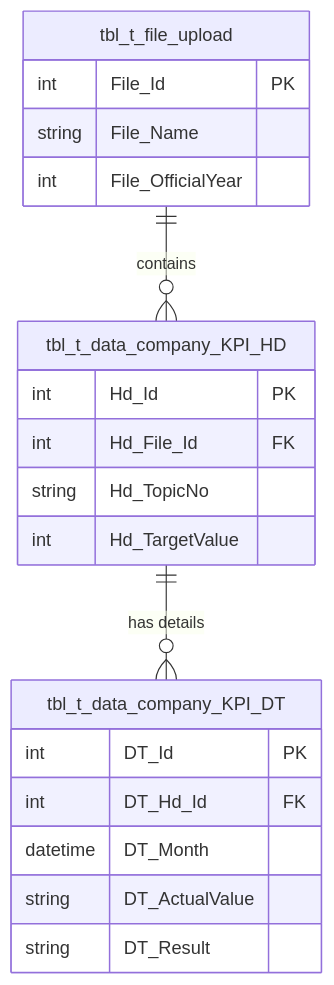
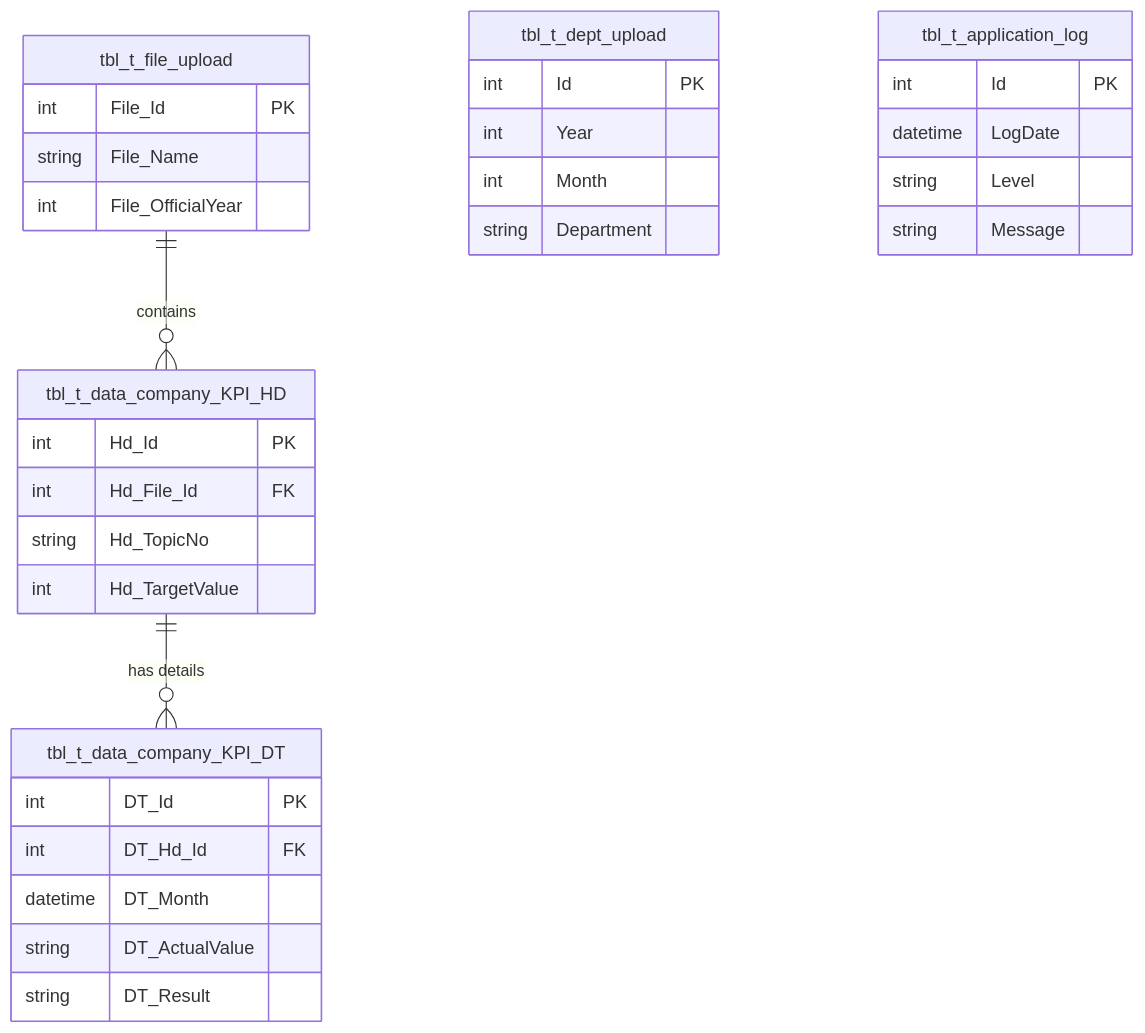
The diagram in README.md (ayee-sutthiporn/company_kpi_project), drawn with Mermaid before and after one commit. The commit also changed other lines of this file, not shown here.

Commit message:
docs: Add documentation for `tbl_t_dept_upload` and `tbl_t_application_log` tables to README.

````diff
--- a/README.md
+++ b/README.md
@@ -78,26 +112,40 @@
 ```mermaid
 erDiagram
     tbl_t_file_upload ||--o{ tbl_t_data_company_KPI_HD : "contains"
     tbl_t_data_company_KPI_HD ||--o{ tbl_t_data_company_KPI_DT : "has details"
 
     tbl_t_file_upload {
         int File_Id PK
         string File_Name
         int File_OfficialYear
     }
 
     tbl_t_data_company_KPI_HD {
         int Hd_Id PK
         int Hd_File_Id FK
         string Hd_TopicNo
         int Hd_TargetValue
     }
 
     tbl_t_data_company_KPI_DT {
         int DT_Id PK
         int DT_Hd_Id FK
         datetime DT_Month
         string DT_ActualValue
         string DT_Result
     }
+
+    tbl_t_dept_upload {
+        int Id PK
+        int Year
+        int Month
+        string Department
+    }
+
+    tbl_t_application_log {
+        int Id PK
+        datetime LogDate
+        string Level
+        string Message
+    }
 ```
````
